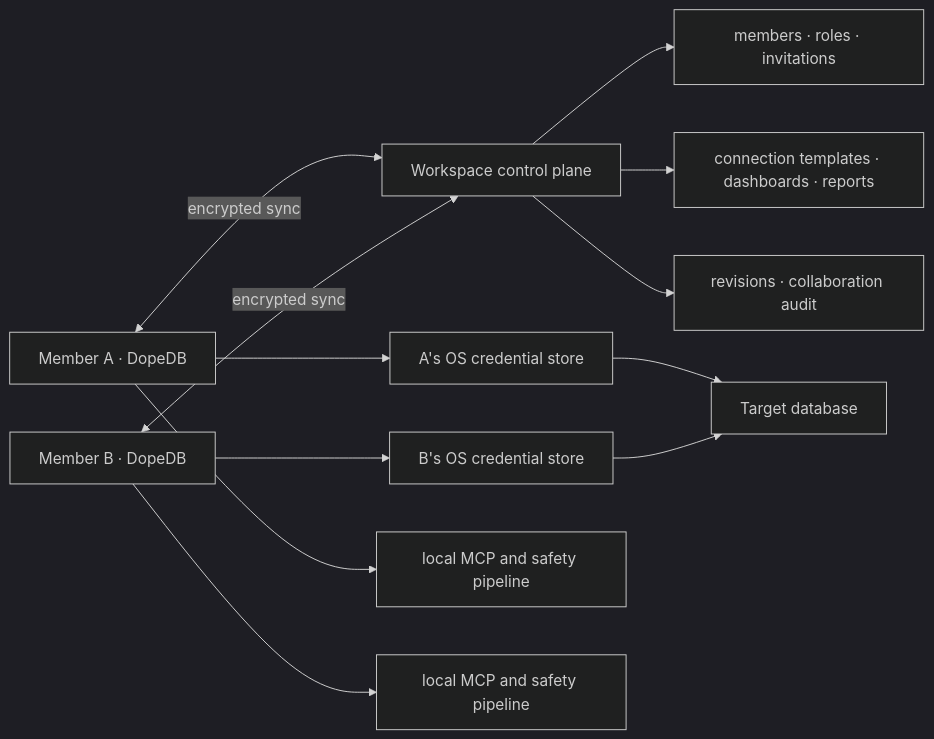
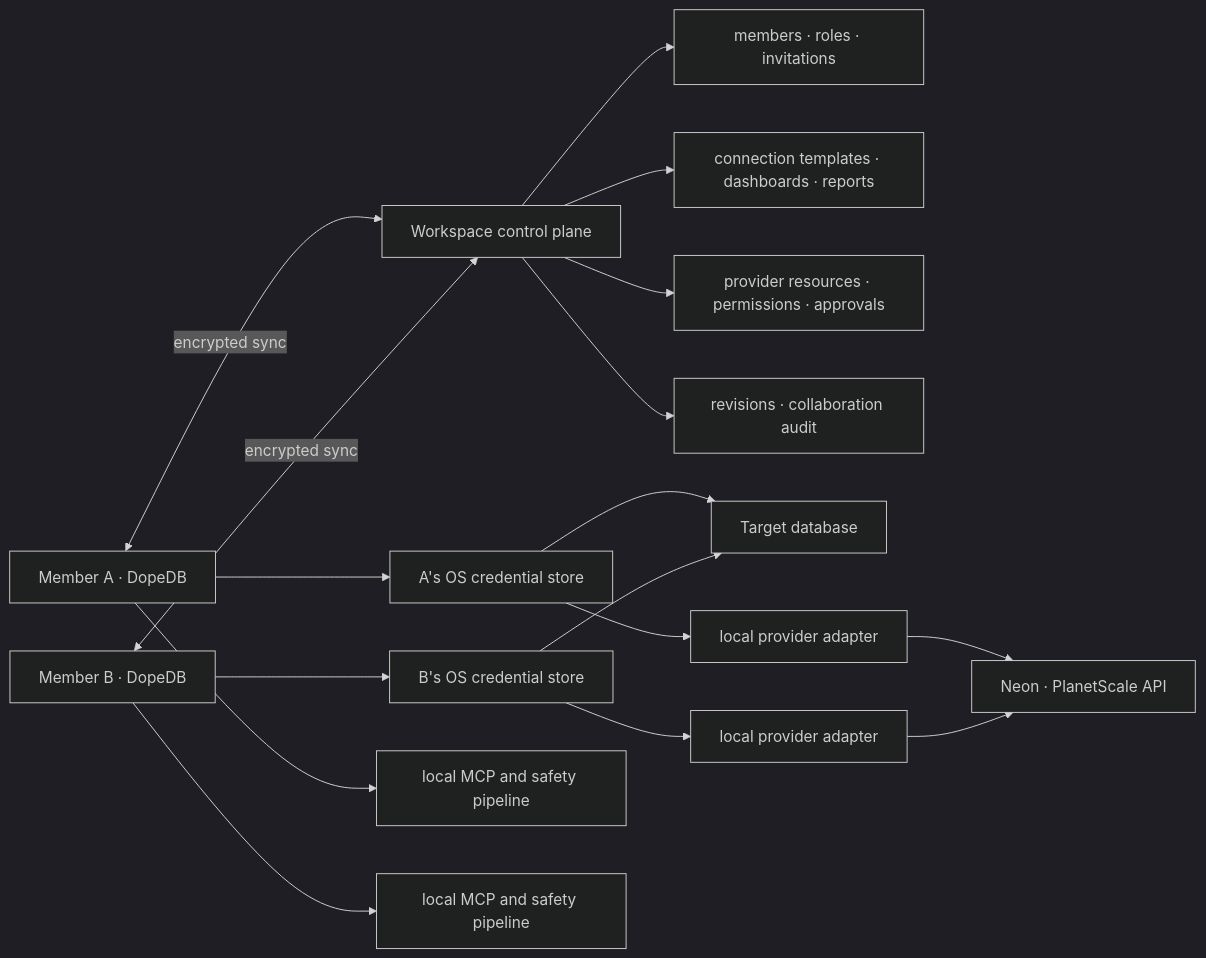
Before and after one commit to jaesong-blip/dopedb: the diagram in docs/WORKSPACE_ROADMAP.md, drawn with Mermaid (dark theme). The commit also changed other lines of this file and 1 other file, not shown here.

Commit message:
docs: add workspace provider integration roadmap (#2)

````diff
--- a/docs/WORKSPACE_ROADMAP.md
+++ b/docs/WORKSPACE_ROADMAP.md
@@ -23,14 +29,19 @@
 ```mermaid
 flowchart LR
     A["Member A · DopeDB"] <-->|"encrypted sync"| W["Workspace control plane"]
     B["Member B · DopeDB"] <-->|"encrypted sync"| W
     W --> M["members · roles · invitations"]
     W --> R["connection templates · dashboards · reports"]
+    W --> P["provider resources · permissions · approvals"]
     W --> V["revisions · collaboration audit"]
     A --> KA["A's OS credential store"]
     B --> KB["B's OS credential store"]
     KA --> D["Target database"]
     KB --> D
+    KA --> PA["local provider adapter"]
+    KB --> PB["local provider adapter"]
+    PA --> API["Neon · PlanetScale API"]
+    PB --> API
     A --> SA["local MCP and safety pipeline"]
     B --> SB["local MCP and safety pipeline"]
 ```
````
